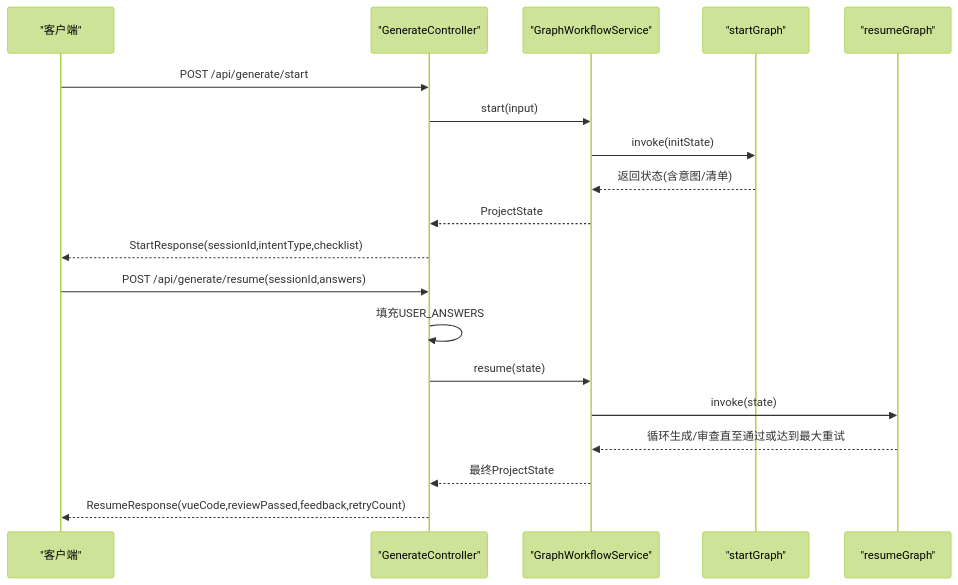
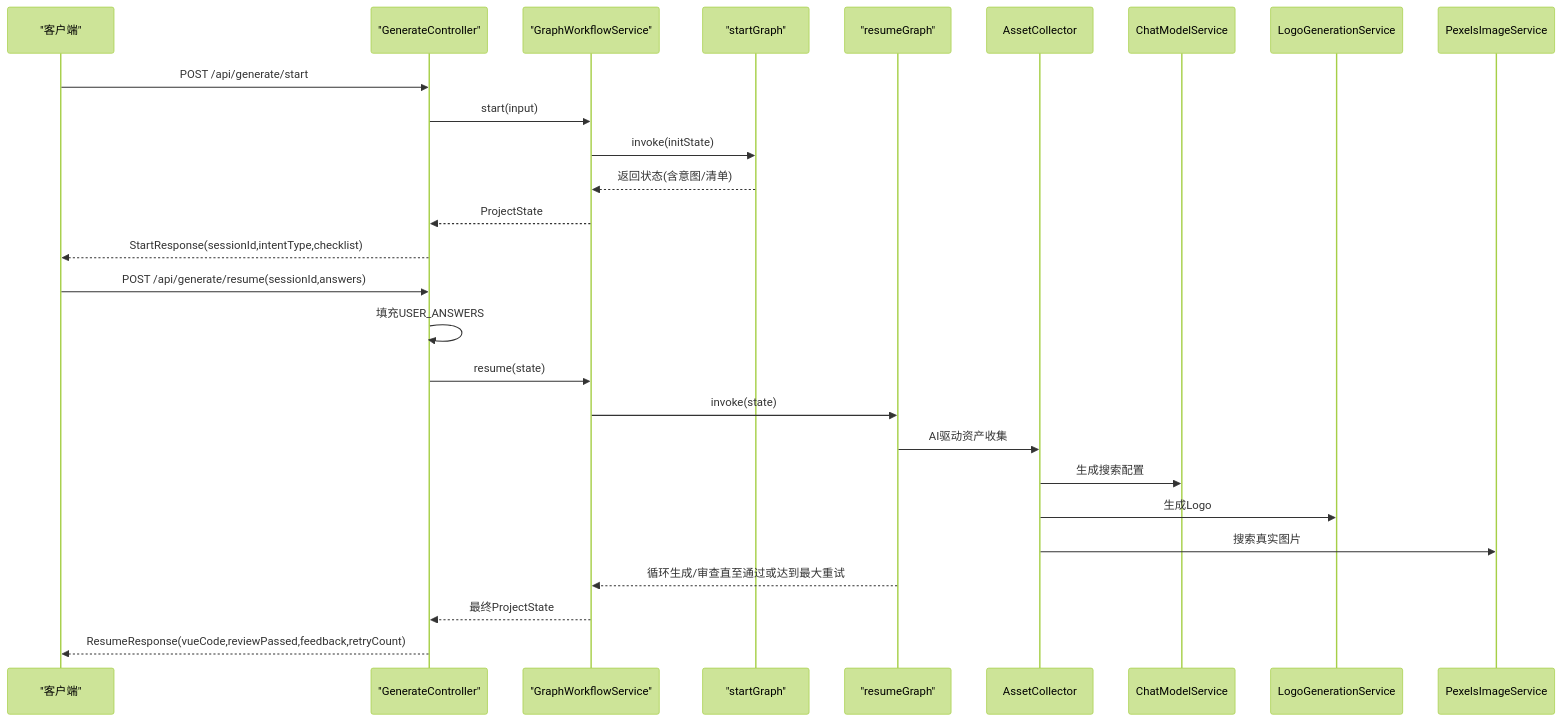
One commit to CyanYuKi/WebSiteFrontendCodeMother changed the second of 10 diagrams in .qoder/repowiki/zh/content/AI工作流系统/AI节点分析/AI节点分析.md. Above: the diagram before and after it, drawn with Mermaid (forest theme). The commit also changed other lines of this file and 16 other files, not shown here.

````diff
--- a/.qoder/repowiki/zh/content/AI工作流系统/AI节点分析/AI节点分析.md
+++ b/.qoder/repowiki/zh/content/AI工作流系统/AI节点分析/AI节点分析.md
@@ -161,21 +177,25 @@
 ```mermaid
 sequenceDiagram
 participant Client as "客户端"
 participant Ctrl as "GenerateController"
 participant WF as "GraphWorkflowService"
 participant G1 as "startGraph"
 participant G2 as "resumeGraph"
 Client->>Ctrl : POST /api/generate/start
 Ctrl->>WF : start(input)
 WF->>G1 : invoke(initState)
 G1-->>WF : 返回状态(含意图/清单)
 WF-->>Ctrl : ProjectState
 Ctrl-->>Client : StartResponse(sessionId,intentType,checklist)
 Client->>Ctrl : POST /api/generate/resume(sessionId,answers)
 Ctrl->>Ctrl : 填充USER_ANSWERS
 Ctrl->>WF : resume(state)
 WF->>G2 : invoke(state)
+G2->>AssetCollector : AI驱动资产收集
+AssetCollector->>ChatModelService : 生成搜索配置
+AssetCollector->>LogoGenerationService : 生成Logo
+AssetCollector->>PexelsImageService : 搜索真实图片
 G2-->>WF : 循环生成/审查直至通过或达到最大重试
 WF-->>Ctrl : 最终ProjectState
 Ctrl-->>Client : ResumeResponse(vueCode,reviewPassed,feedback,retryCount)
 ```
````
